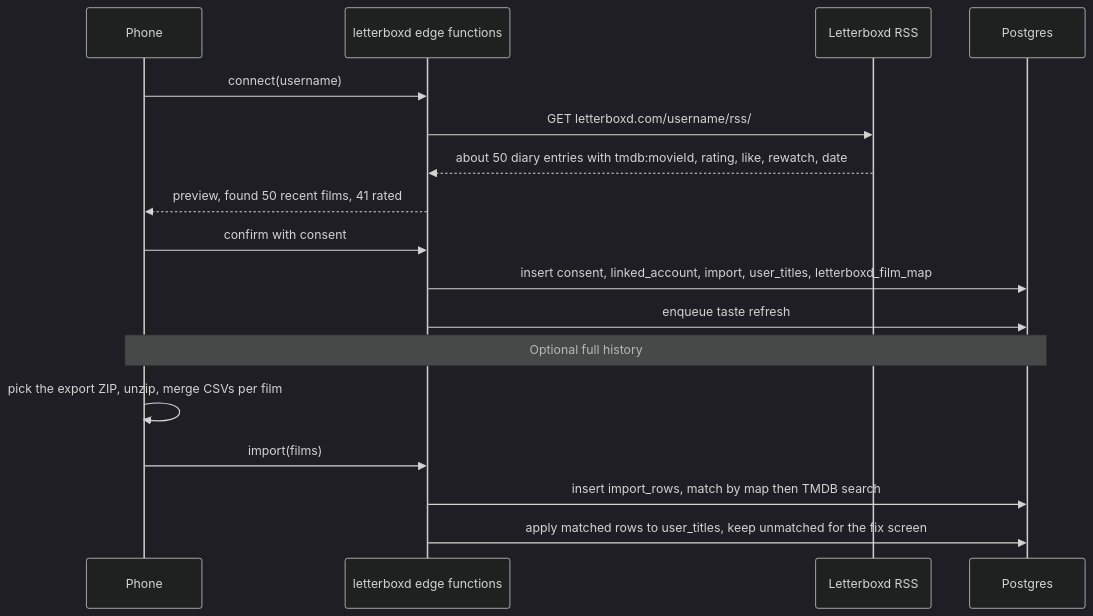
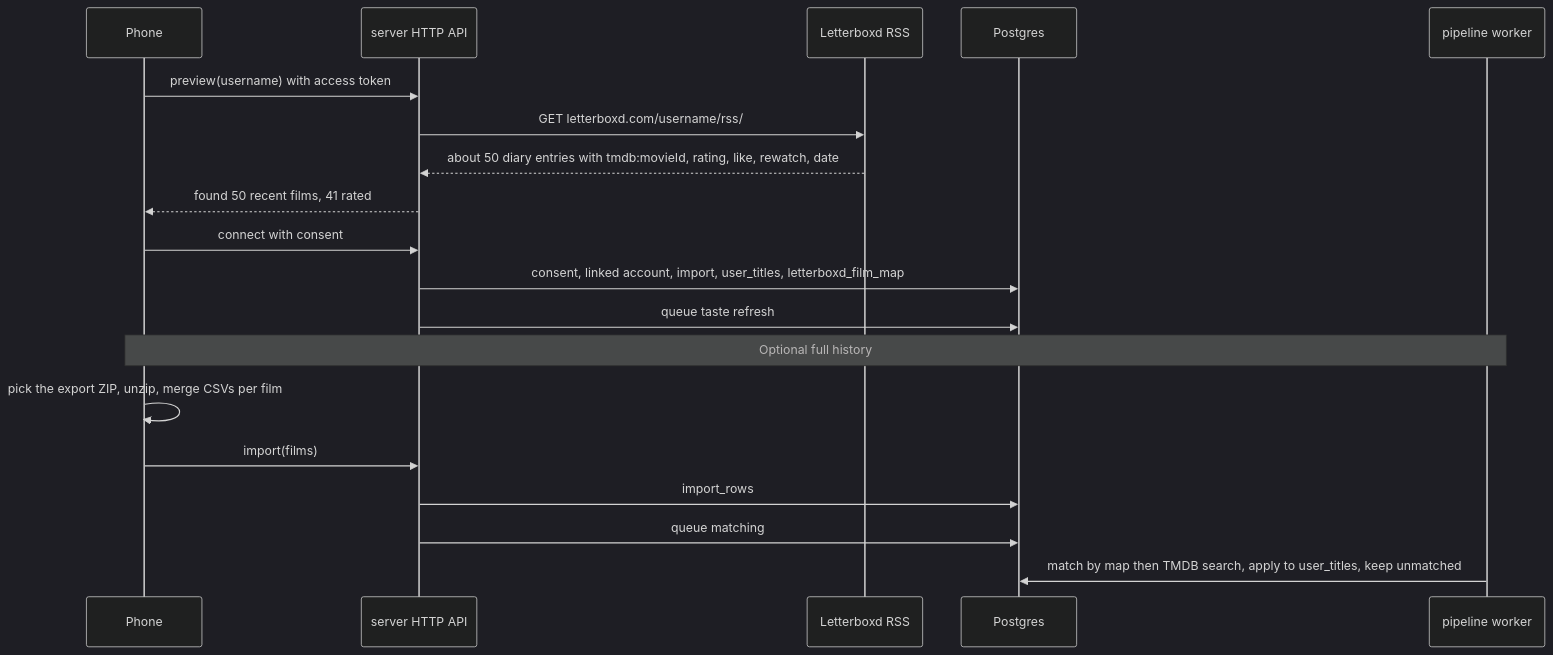
Before and after one commit to harryviennot/flimme: diagram 11 of 11 in docs/data-model/README.md, drawn with Mermaid (dark theme). The commit also changed other lines of this file and 2 other files, not shown here.

First line of the commit message:
Put the app behind an api schema and add the recommendation server

````diff
--- a/docs/data-model/README.md
+++ b/docs/data-model/README.md
@@ -611,19 +740,21 @@
 ```mermaid
 sequenceDiagram
   participant P as Phone
-  participant F as letterboxd edge functions
+  participant H as server HTTP API
   participant L as Letterboxd RSS
   participant DB as Postgres
-  P->>F: connect(username)
-  F->>L: GET letterboxd.com/username/rss/
-  L-->>F: about 50 diary entries with tmdb:movieId, rating, like, rewatch, date
-  F-->>P: preview, found 50 recent films, 41 rated
-  P->>F: confirm with consent
-  F->>DB: insert consent, linked_account, import, user_titles, letterboxd_film_map
-  F->>DB: enqueue taste refresh
-  Note over P,DB: Optional full history
+  participant W as pipeline worker
+  P->>H: preview(username) with access token
+  H->>L: GET letterboxd.com/username/rss/
+  L-->>H: about 50 diary entries with tmdb:movieId, rating, like, rewatch, date
+  H-->>P: found 50 recent films, 41 rated
+  P->>H: connect with consent
+  H->>DB: consent, linked account, import, user_titles, letterboxd_film_map
+  H->>DB: queue taste refresh
+  Note over P,W: Optional full history
   P->>P: pick the export ZIP, unzip, merge CSVs per film
-  P->>F: import(films)
-  F->>DB: insert import_rows, match by map then TMDB search
-  F->>DB: apply matched rows to user_titles, keep unmatched for the fix screen
+  P->>H: import(films)
+  H->>DB: import_rows
+  H->>DB: queue matching
+  W->>DB: match by map then TMDB search, apply to user_titles, keep unmatched
 ```
````
